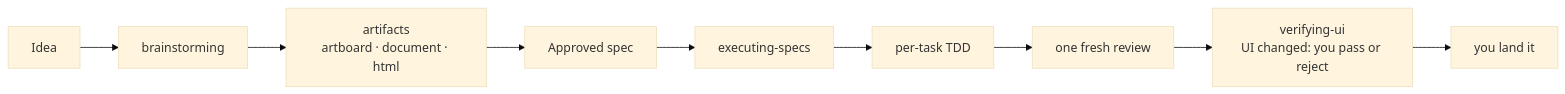
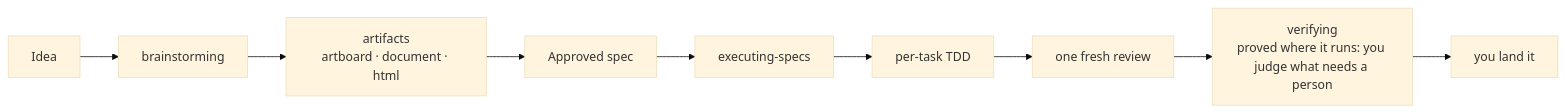
The diagram in docs/workflow.md (Innei/ryugi), drawn with Mermaid (base theme) before and after one commit. The commit also changed other lines of this file and 573 other files, not shown here.

````diff
--- a/docs/workflow.md
+++ b/docs/workflow.md
@@ -7,10 +7,10 @@
 ```mermaid
 flowchart LR
   I[Idea] --> B[brainstorming]
   B --> A[artifacts<br/>artboard · document · html]
   A --> S[Approved spec]
   S --> E[executing-specs]
   E --> T[per-task TDD]
-  T --> R[one fresh review] --> V[verifying-ui<br/>UI changed: you pass or reject]
+  T --> R[one fresh review] --> V[verifying<br/>proved where it runs: you judge what needs a person]
   V --> L[you land it]
 ```
````
